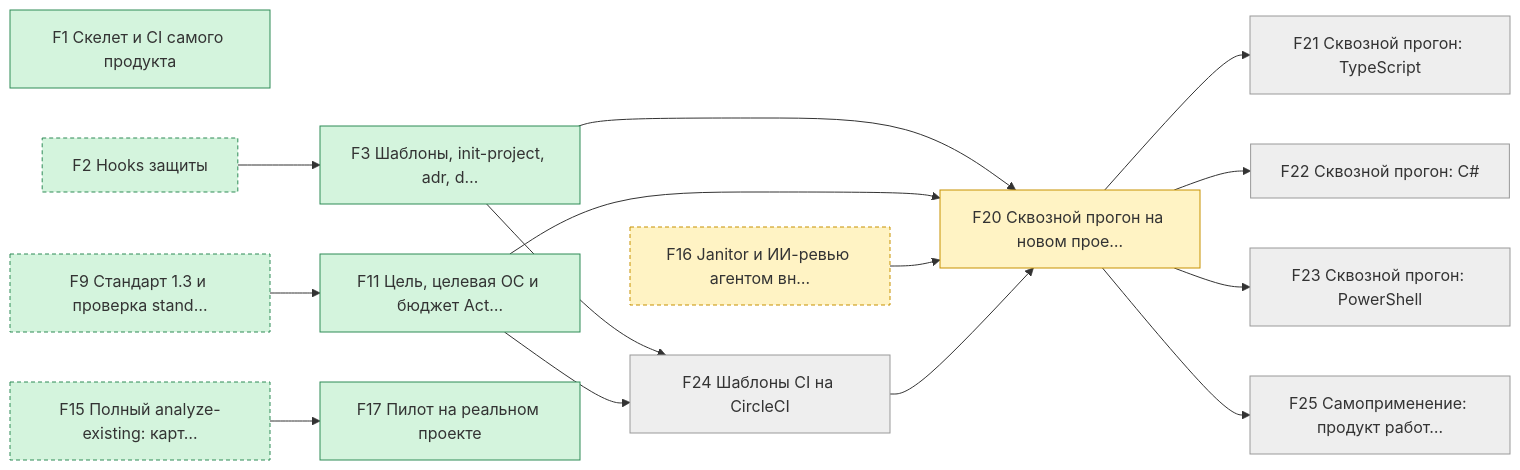
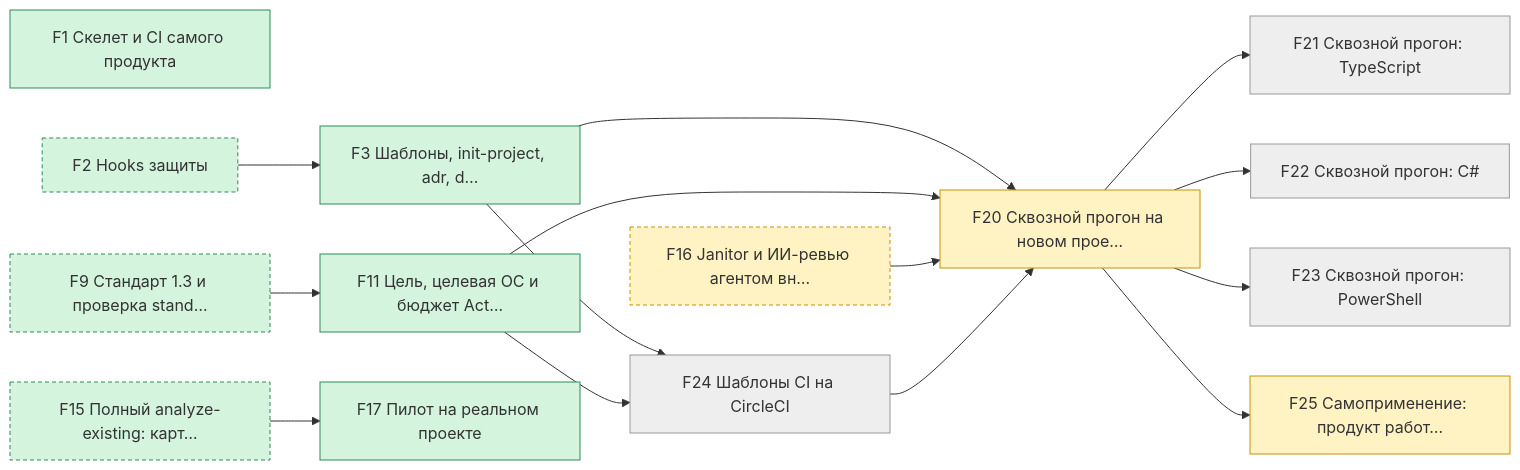
The first of 6 diagrams in state/STATUS.md (pete-doc/project-architect), drawn with Mermaid before and after one commit. The commit also changed other lines of this file and 2 other files, not shown here.

````diff
--- a/state/STATUS.md
+++ b/state/STATUS.md
@@ -45,39 +49,39 @@
 ```mermaid
 graph LR
   F1["F1 Скелет и CI самого продукта"]
   F3["F3 Шаблоны, init-project, adr, d…"]
   F11["F11 Цель, целевая ОС и бюджет Act…"]
   F17["F17 Пилот на реальном проекте"]
   F20["F20 Сквозной прогон на новом прое…"]
   F21["F21 Сквозной прогон: TypeScript"]
   F22["F22 Сквозной прогон: C#"]
   F23["F23 Сквозной прогон: PowerShell"]
   F24["F24 Шаблоны CI на CircleCI"]
   F25["F25 Самоприменение: продукт работ…"]
   F2["F2 Hooks защиты"]
   F9["F9 Стандарт 1.3 и проверка stand…"]
   F15["F15 Полный analyze-existing: карт…"]
   F16["F16 Janitor и ИИ-ревью агентом вн…"]
   F2 --> F3
   F9 --> F11
   F15 --> F17
   F3 --> F20
   F11 --> F20
   F16 --> F20
   F24 --> F20
   F20 --> F21
   F20 --> F22
   F20 --> F23
   F3 --> F24
   F11 --> F24
   F20 --> F25
   classDef done fill:#d4f4dd,stroke:#2e8b57
   classDef work fill:#fff3c4,stroke:#c79100
   classDef blocked fill:#ffd6d6,stroke:#c0392b
   classDef later fill:#eeeeee,stroke:#999999
   classDef outside stroke-dasharray: 4 3
   class F1,F3,F11,F17,F2,F9,F15 done
-  class F20,F16 work
-  class F21,F22,F23,F24,F25 later
+  class F20,F25,F16 work
+  class F21,F22,F23,F24 later
   class F2,F9,F15,F16 outside
 ```
````
